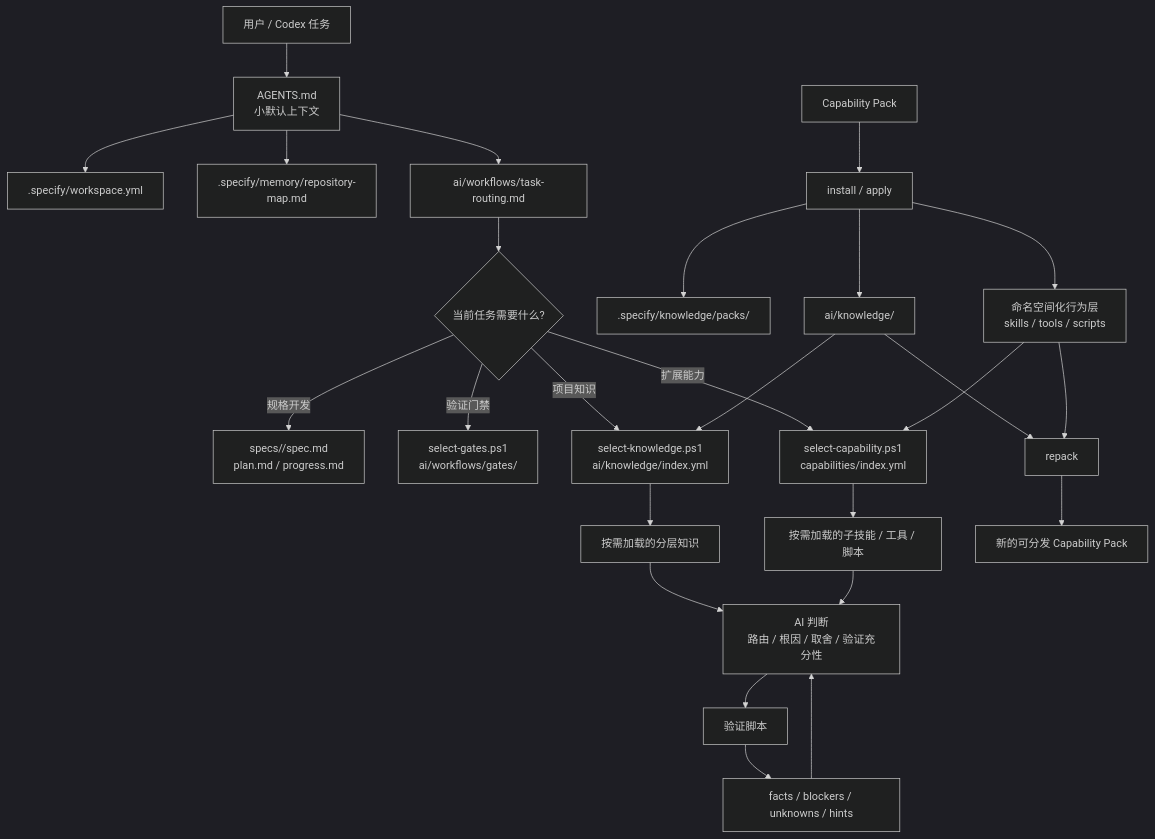
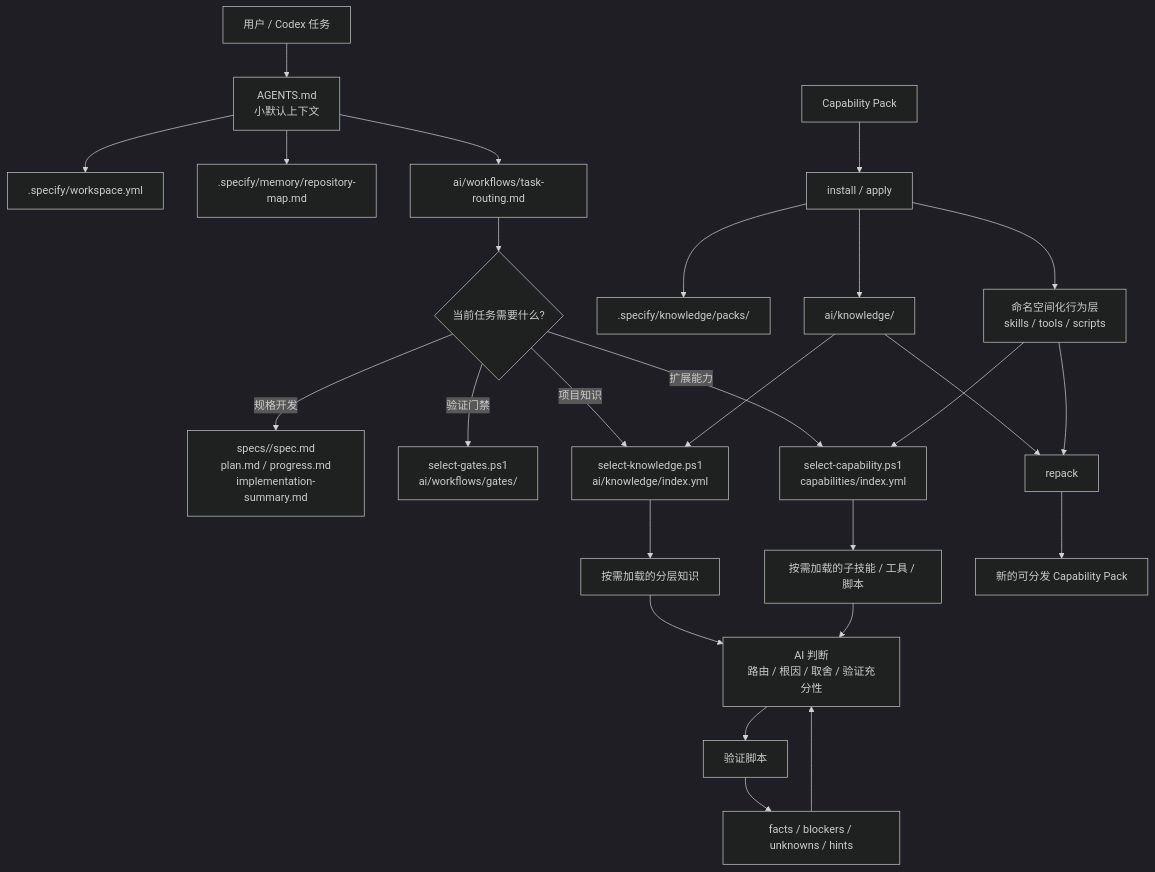
Before and after one commit to liuminxin45/spec-kit: the diagram in README.md, drawn with Mermaid (dark theme). The commit also changed other lines of this file and 29 other files, not shown here.

Commit message:
Add implementation summary and root-fix gates

````diff
--- a/README.md
+++ b/README.md
@@ -37,34 +39,34 @@
 ```mermaid
 flowchart TD
     U["用户 / Codex 任务"] --> A["AGENTS.md<br/>小默认上下文"]
     A --> W[".specify/workspace.yml"]
     A --> R[".specify/memory/repository-map.md"]
     A --> T["ai/workflows/task-routing.md"]
 
     T --> D{"当前任务需要什么?"}
-    D -->|"规格开发"| F["specs/<feature>/spec.md<br/>plan.md / progress.md"]
+    D -->|"规格开发"| F["specs/<feature>/spec.md<br/>plan.md / progress.md<br/>implementation-summary.md"]
     D -->|"验证门禁"| G["select-gates.ps1<br/>ai/workflows/gates/"]
     D -->|"项目知识"| K["select-knowledge.ps1<br/>ai/knowledge/index.yml"]
     D -->|"扩展能力"| C["select-capability.ps1<br/>capabilities/index.yml"]
 
     KP["Capability Pack"] --> I["install / apply"]
     I --> P[".specify/knowledge/packs/<pack-id>"]
     I --> V["ai/knowledge/<pack materialized view>"]
     I --> B["命名空间化行为层<br/>skills / tools / scripts"]
 
     V --> K
     B --> C
 
     K --> L["按需加载的分层知识"]
     C --> E["按需加载的子技能 / 工具 / 脚本"]
     L --> J["AI 判断<br/>路由 / 根因 / 取舍 / 验证充分性"]
     E --> J
 
     J --> Q["验证脚本"]
     Q --> O["facts / blockers / unknowns / hints"]
     O --> J
 
     V --> RP["repack"]
     B --> RP
     RP --> NP["新的可分发 Capability Pack"]
 ```
````
